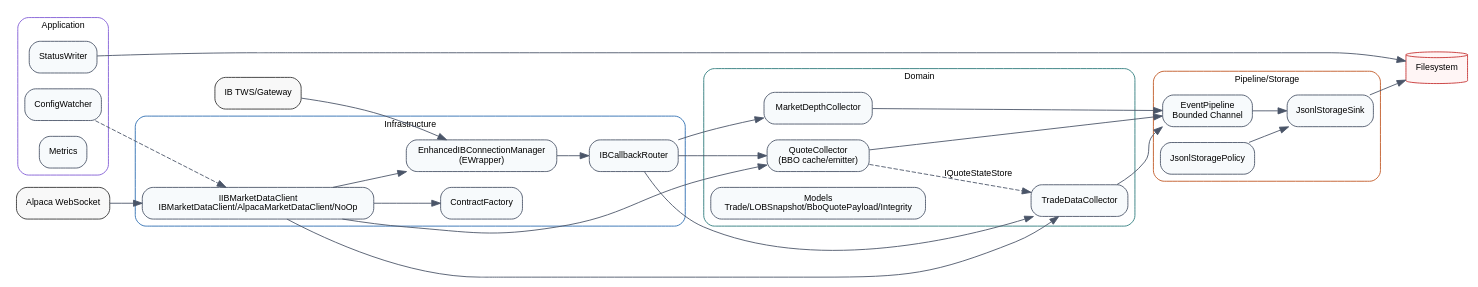
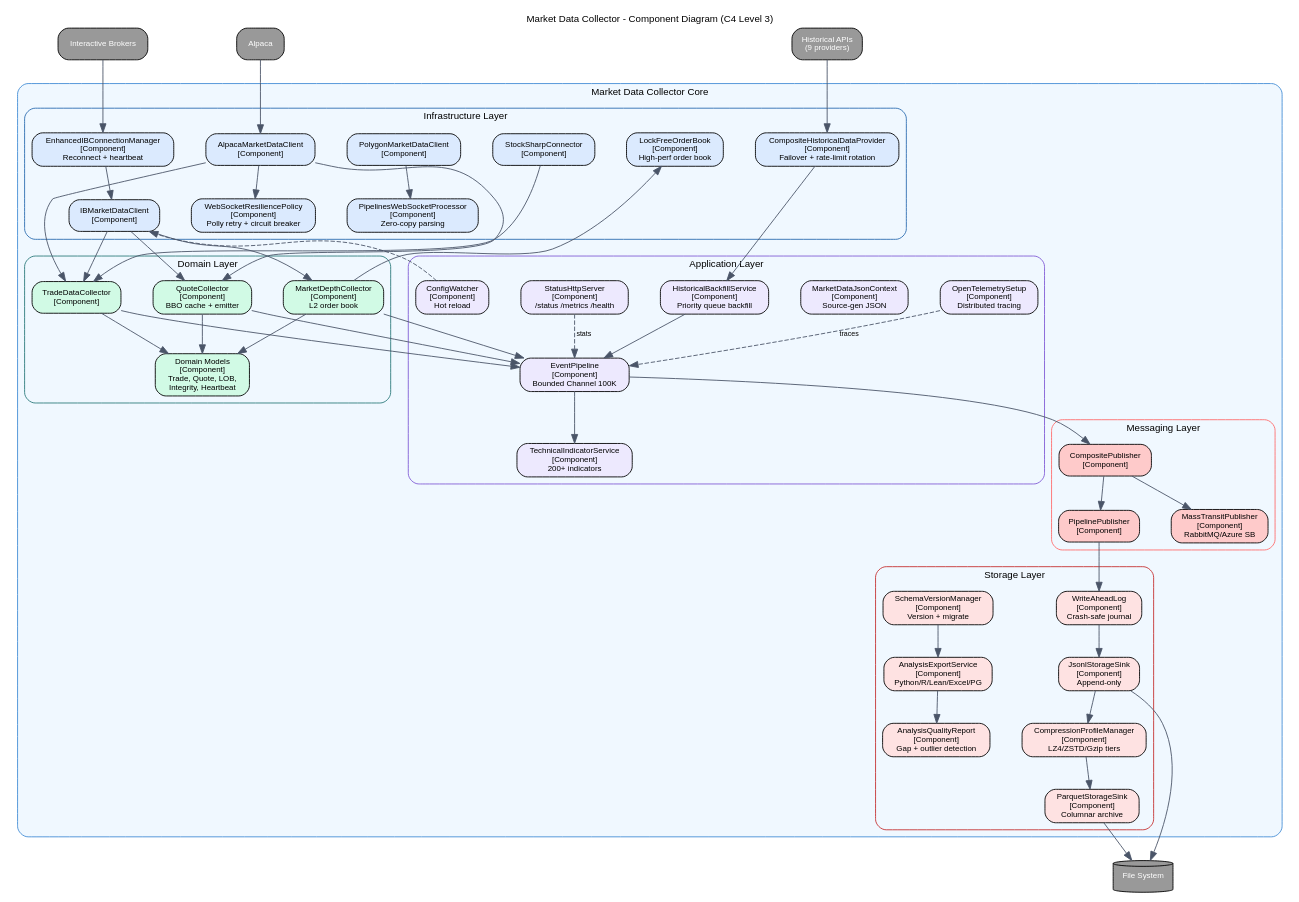
One commit to rodoHasArrived/Market-Data-Collector changed the diagram in MarketDataCollector/docs/diagrams/c4-level3-components.dot. Above: the diagram before and after it, drawn with Graphviz. The commit also changed 8 other files, not shown here.

First line of the commit message:
Update and expand architecture diagrams for v1.5.0

```diff
--- a/MarketDataCollector/docs/diagrams/c4-level3-components.dot
+++ b/MarketDataCollector/docs/diagrams/c4-level3-components.dot
@@ -1,69 +1,176 @@
+// C4 Level 3: Component Diagram
+// Market Data Collector v1.5.0
+// Last Updated: 2026-01-08
 
-    digraph G {
-      rankdir=LR;
-      graph [fontname="Helvetica", fontsize=10, bgcolor="white"];
-      node  [fontname="Helvetica", fontsize=10, shape=box, style="rounded,filled", fillcolor="#f7fafc", color="#4a5568"];
-      edge  [fontname="Helvetica", fontsize=10, color="#4a5568"];
+digraph C4_Components {
+  rankdir=TB;
+  graph [fontname="Helvetica", fontsize=11, bgcolor="white", compound=true, nodesep=0.5];
+  node  [fontname="Helvetica", fontsize=9, shape=box, style="rounded,filled"];
+  edge  [fontname="Helvetica", fontsize=8, color="#4a5568"];
 
-      IB [shape=box, style="rounded,filled", fillcolor="#f8f8f8", color="#333333", label="IB TWS/Gateway"];
-      ALP [shape=box, style="rounded,filled", fillcolor="#f8f8f8", color="#333333", label="Alpaca WebSocket"];
-      FS [shape=cylinder, style="filled", fillcolor="#fff5f5", color="#c53030", label="Filesystem"];
+  // Title
+  labelloc="t";
+  label="Market Data Collector - Component Diagram (C4 Level 3)";
 
-      subgraph cluster_infra {
-        label="Infrastructure";
-        color="#2b6cb0";
-        style="rounded";
-        CONN [label="EnhancedIBConnectionManager\n(EWrapper)"];
-        ROUTE [label="IBCallbackRouter"];
-        FACT [label="ContractFactory"];
-        CLIENT [label="IIBMarketDataClient\nIBMarketDataClient/AlpacaMarketDataClient/NoOp"];
-      }
+  // External Systems
+  IB [shape=box, style="rounded,filled", fillcolor="#999999", fontcolor="white",
+      label="Interactive Brokers"];
+  ALP [shape=box, style="rounded,filled", fillcolor="#999999", fontcolor="white",
+       label="Alpaca"];
+  HIST_API [shape=box, style="rounded,filled", fillcolor="#999999", fontcolor="white",
+            label="Historical APIs\n(9 providers)"];
+  FS [shape=cylinder, style="filled", fillcolor="#999999", fontcolor="white",
+      label="File System"];
 
-      subgraph cluster_dom {
-        label="Domain";
-        color="#2c7a7b";
-        style="rounded";
-        TD [label="TradeDataCollector"];
-        MD [label="MarketDepthCollector"];
-        QC [label="QuoteCollector\n(BBO cache/emitter)"];
-        MODELS [label="Models\nTrade/LOBSnapshot/BboQuotePayload/Integrity"];
-      }
+  // Core Collector Container
+  subgraph cluster_core {
+    label="Market Data Collector Core";
+    color="#438dd5";
+    style="rounded";
+    bgcolor="#f0f8ff";
 
-      subgraph cluster_app {
-        label="Application";
-        color="#805ad5";
-        style="rounded";
-        CW [label="ConfigWatcher"];
-        SW [label="StatusWriter"];
-        MET [label="Metrics"];
-      }
+    // Infrastructure Layer - Providers
+    subgraph cluster_infra {
+      label="Infrastructure Layer";
+      color="#2b6cb0";
+      style="rounded";
 
-      subgraph cluster_pipe {
-        label="Pipeline/Storage";
-        color="#c05621";
-        style="rounded";
-        EP [label="EventPipeline\nBounded Channel"];
-        SINK [label="JsonlStorageSink"];
-        POL [label="JsonlStoragePolicy"];
-      }
+      // Streaming Providers
+      IB_CLIENT [label="IBMarketDataClient\n[Component]", fillcolor="#dbeafe"];
+      ALP_CLIENT [label="AlpacaMarketDataClient\n[Component]", fillcolor="#dbeafe"];
+      POL_CLIENT [label="PolygonMarketDataClient\n[Component]", fillcolor="#dbeafe"];
+      SS_CLIENT [label="StockSharpConnector\n[Component]", fillcolor="#dbeafe"];
 
-      IB -> CONN -> ROUTE;
-      ALP -> CLIENT;
-      ROUTE -> TD;
-      ROUTE -> MD;
-      ROUTE -> QC;
-      CLIENT -> TD;
-      CLIENT -> QC;
-      TD -> EP;
-      MD -> EP;
-      QC -> EP;
-      QC -> TD [style=dashed, label="IQuoteStateStore"];
-      EP -> SINK -> FS;
-      POL -> SINK;
+      // Historical Providers
+      HIST_COMPOSITE [label="CompositeHistoricalDataProvider\n[Component]\nFailover + rate-limit rotation", fillcolor="#dbeafe"];
 
-      CW -> CLIENT [style=dashed];
-      SW -> FS;
+      // Connection Management
+      CONN_MGR [label="EnhancedIBConnectionManager\n[Component]\nReconnect + heartbeat", fillcolor="#dbeafe"];
+      WS_RESILIENCE [label="WebSocketResiliencePolicy\n[Component]\nPolly retry + circuit breaker", fillcolor="#dbeafe"];
 
-      CLIENT -> FACT;
-      CLIENT -> CONN;
+      // Performance
+      PIPELINES [label="PipelinesWebSocketProcessor\n[Component]\nZero-copy parsing", fillcolor="#dbeafe"];
+      ORDERBOOK [label="LockFreeOrderBook\n[Component]\nHigh-perf order book", fillcolor="#dbeafe"];
     }
+
+    // Domain Layer
+    subgraph cluster_domain {
+      label="Domain Layer";
+      color="#2c7a7b";
+      style="rounded";
+
+      // Collectors
+      TRADE_COLL [label="TradeDataCollector\n[Component]", fillcolor="#d1fae5"];
+      QUOTE_COLL [label="QuoteCollector\n[Component]\nBBO cache + emitter", fillcolor="#d1fae5"];
+      DEPTH_COLL [label="MarketDepthCollector\n[Component]\nL2 order book", fillcolor="#d1fae5"];
+
+      // Models
+      MODELS [label="Domain Models\n[Component]\nTrade, Quote, LOB,\nIntegrity, Heartbeat", fillcolor="#d1fae5"];
+    }
+
+    // Application Layer
+    subgraph cluster_app {
+      label="Application Layer";
+      color="#805ad5";
+      style="rounded";
+
+      // Pipeline
+      PIPELINE [label="EventPipeline\n[Component]\nBounded Channel 100K", fillcolor="#ede9fe"];
+
+      // Technical Indicators
+      INDICATORS [label="TechnicalIndicatorService\n[Component]\n200+ indicators", fillcolor="#ede9fe"];
+
+      // Tracing
+      OTEL [label="OpenTelemetrySetup\n[Component]\nDistributed tracing", fillcolor="#ede9fe"];
+
+      // Serialization
+      JSON_CTX [label="MarketDataJsonContext\n[Component]\nSource-gen JSON", fillcolor="#ede9fe"];
+
+      // Config & Monitoring
+      CONFIG [label="ConfigWatcher\n[Component]\nHot reload", fillcolor="#ede9fe"];
+      HTTP_SERVER [label="StatusHttpServer\n[Component]\n/status /metrics /health", fillcolor="#ede9fe"];
+
+      // Subscriptions
+      BACKFILL [label="HistoricalBackfillService\n[Component]\nPriority queue backfill", fillcolor="#ede9fe"];
+    }
+
+    // Storage Layer
+    subgraph cluster_storage {
+      label="Storage Layer";
+      color="#c53030";
+      style="rounded";
+
+      // Sinks
+      JSONL_SINK [label="JsonlStorageSink\n[Component]\nAppend-only", fillcolor="#fee2e2"];
+      PARQUET_SINK [label="ParquetStorageSink\n[Component]\nColumnar archive", fillcolor="#fee2e2"];
+
+      // Archival
+      WAL [label="WriteAheadLog\n[Component]\nCrash-safe journal", fillcolor="#fee2e2"];
+      COMPRESS [label="CompressionProfileManager\n[Component]\nLZ4/ZSTD/Gzip tiers", fillcolor="#fee2e2"];
+      SCHEMA [label="SchemaVersionManager\n[Component]\nVersion + migrate", fillcolor="#fee2e2"];
+
+      // Export
+      EXPORT [label="AnalysisExportService\n[Component]\nPython/R/Lean/Excel/PG", fillcolor="#fee2e2"];
+      QUALITY [label="AnalysisQualityReport\n[Component]\nGap + outlier detection", fillcolor="#fee2e2"];
+    }
+
+    // Messaging Layer
+    subgraph cluster_messaging {
+      label="Messaging Layer";
+      color="#ff6b6b";
+      style="rounded";
+
+      COMPOSITE_PUB [label="CompositePublisher\n[Component]", fillcolor="#fecaca"];
+      PIPELINE_PUB [label="PipelinePublisher\n[Component]", fillcolor="#fecaca"];
+      MT_PUB [label="MassTransitPublisher\n[Component]\nRabbitMQ/Azure SB", fillcolor="#fecaca"];
+    }
+  }
+
+  // Internal Relationships
+  IB -> CONN_MGR;
+  CONN_MGR -> IB_CLIENT;
+  ALP -> ALP_CLIENT;
+  ALP_CLIENT -> WS_RESILIENCE;
+  POL_CLIENT -> PIPELINES;
+  HIST_API -> HIST_COMPOSITE;
+
+  IB_CLIENT -> TRADE_COLL;
+  IB_CLIENT -> QUOTE_COLL;
+  IB_CLIENT -> DEPTH_COLL;
+  ALP_CLIENT -> TRADE_COLL;
+  ALP_CLIENT -> QUOTE_COLL;
+  SS_CLIENT -> TRADE_COLL;
+
+  TRADE_COLL -> MODELS;
+  QUOTE_COLL -> MODELS;
+  DEPTH_COLL -> MODELS;
+  DEPTH_COLL -> ORDERBOOK;
+
+  TRADE_COLL -> PIPELINE;
+  QUOTE_COLL -> PIPELINE;
+  DEPTH_COLL -> PIPELINE;
+
+  PIPELINE -> INDICATORS;
+  PIPELINE -> COMPOSITE_PUB;
+
+  COMPOSITE_PUB -> PIPELINE_PUB;
+  COMPOSITE_PUB -> MT_PUB;
+
+  PIPELINE_PUB -> WAL;
+  WAL -> JSONL_SINK;
+  JSONL_SINK -> COMPRESS;
+  COMPRESS -> PARQUET_SINK;
+
+  PARQUET_SINK -> FS;
+  JSONL_SINK -> FS;
+
+  SCHEMA -> EXPORT;
+  EXPORT -> QUALITY;
+
+  HIST_COMPOSITE -> BACKFILL;
+  BACKFILL -> PIPELINE;
+
+  CONFIG -> IB_CLIENT [style=dashed];
+  HTTP_SERVER -> PIPELINE [style=dashed, label="stats"];
+  OTEL -> PIPELINE [style=dashed, label="traces"];
+}
```
